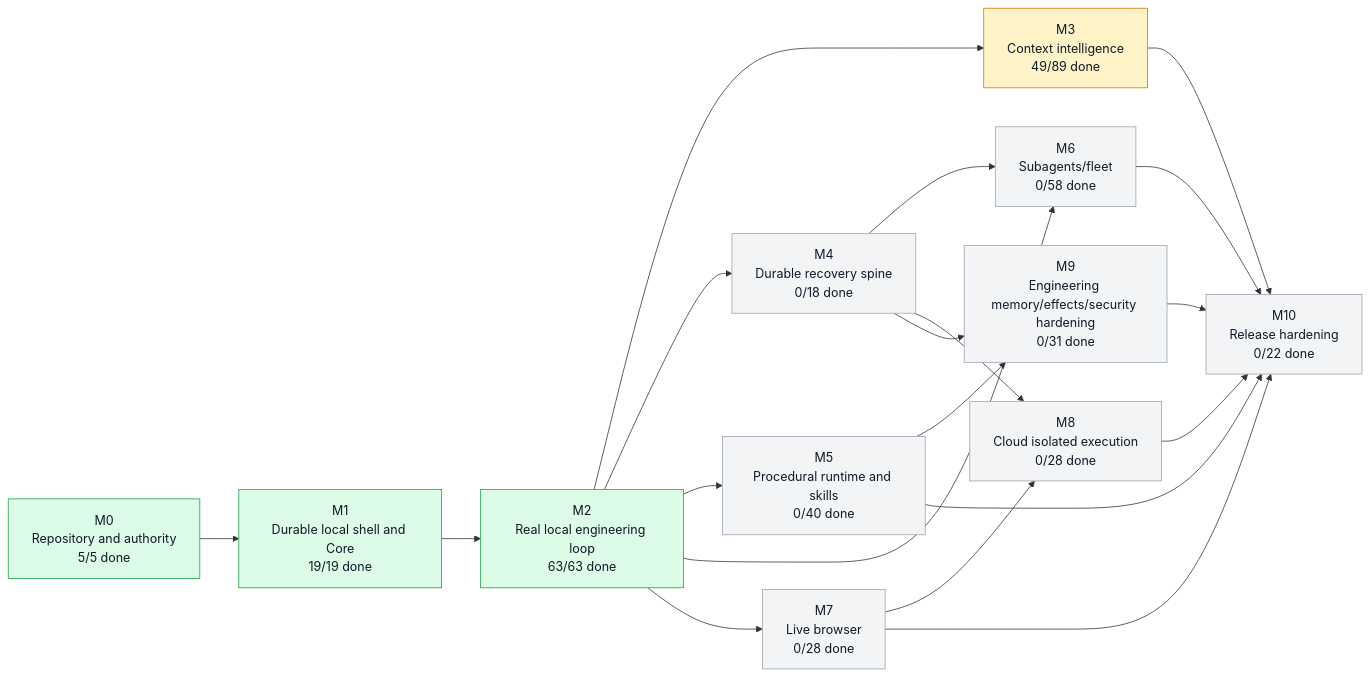
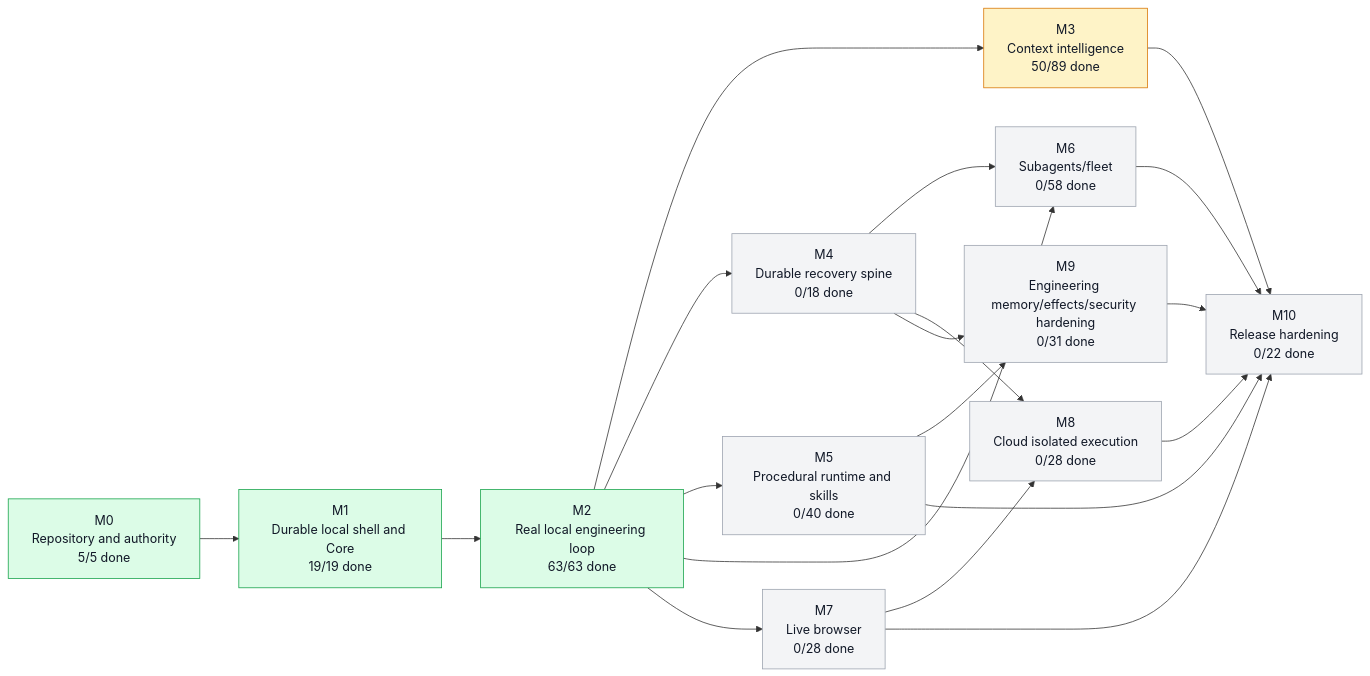
Before and after one commit to moss101/modbit: the first of 5 diagrams in graph/PROJECT_GRAPH.md, drawn with Mermaid. The commit also changed other lines of this file and 6 other files, not shown here.

````diff
--- a/graph/PROJECT_GRAPH.md
+++ b/graph/PROJECT_GRAPH.md
@@ -57,43 +57,43 @@
 ```mermaid
 flowchart LR
   M0["M0<br/>Repository and authority<br/>5/5 done"]
   M1["M1<br/>Durable local shell and Core<br/>19/19 done"]
   M2["M2<br/>Real local engineering loop<br/>63/63 done"]
-  M3["M3<br/>Context intelligence<br/>49/89 done"]
+  M3["M3<br/>Context intelligence<br/>50/89 done"]
   M4["M4<br/>Durable recovery spine<br/>0/18 done"]
   M5["M5<br/>Procedural runtime and skills<br/>0/40 done"]
   M6["M6<br/>Subagents/fleet<br/>0/58 done"]
   M7["M7<br/>Live browser<br/>0/28 done"]
   M8["M8<br/>Cloud isolated execution<br/>0/28 done"]
   M9["M9<br/>Engineering memory/effects/security hardening<br/>0/31 done"]
   M10["M10<br/>Release hardening<br/>0/22 done"]
   M0 --> M1
   M1 --> M2
   M2 --> M3
   M2 --> M4
   M2 --> M5
   M2 --> M6
   M4 --> M6
   M2 --> M7
   M4 --> M8
   M7 --> M8
   M4 --> M9
   M5 --> M9
   M3 --> M10
   M5 --> M10
   M6 --> M10
   M7 --> M10
   M8 --> M10
   M9 --> M10
   style M0 fill:#dcfce7,stroke:#16a34a,color:#111827
   style M1 fill:#dcfce7,stroke:#16a34a,color:#111827
   style M2 fill:#dcfce7,stroke:#16a34a,color:#111827
   style M3 fill:#fef3c7,stroke:#d97706,color:#111827
   style M4 fill:#f3f4f6,stroke:#9ca3af,color:#111827
   style M5 fill:#f3f4f6,stroke:#9ca3af,color:#111827
   style M6 fill:#f3f4f6,stroke:#9ca3af,color:#111827
   style M7 fill:#f3f4f6,stroke:#9ca3af,color:#111827
   style M8 fill:#f3f4f6,stroke:#9ca3af,color:#111827
   style M9 fill:#f3f4f6,stroke:#9ca3af,color:#111827
   style M10 fill:#f3f4f6,stroke:#9ca3af,color:#111827
 ```
````
